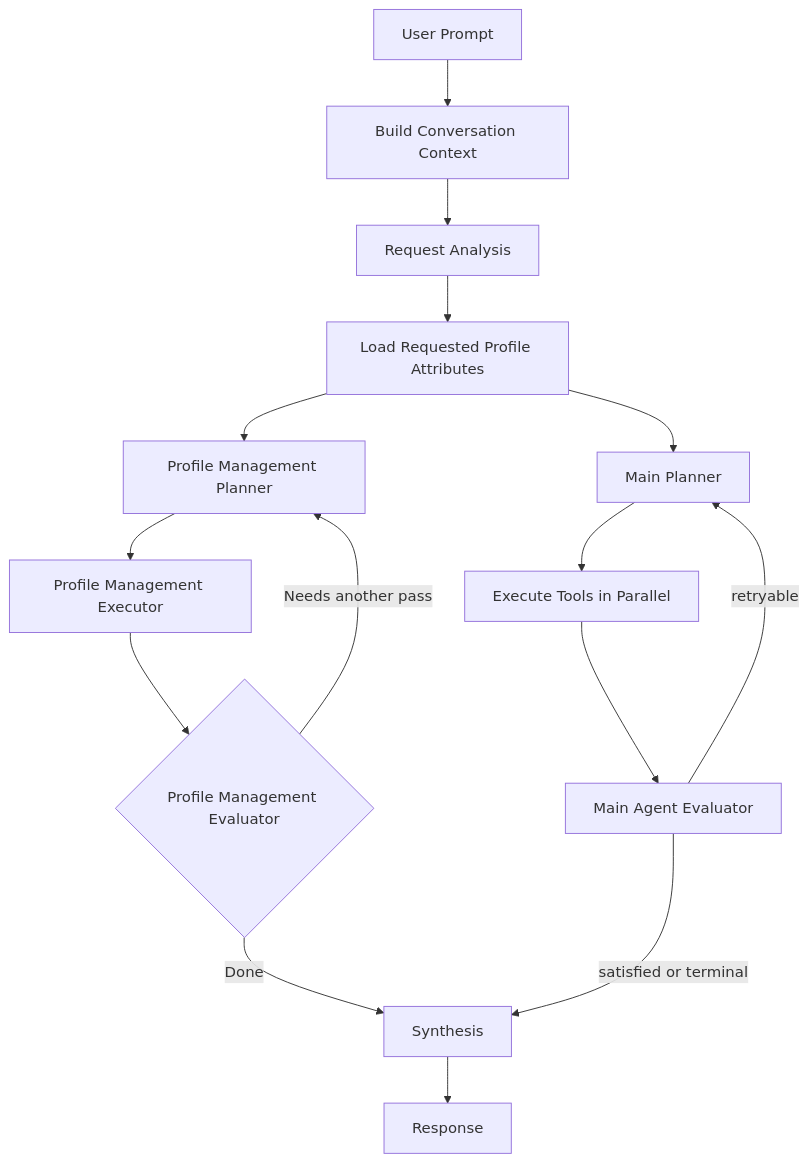
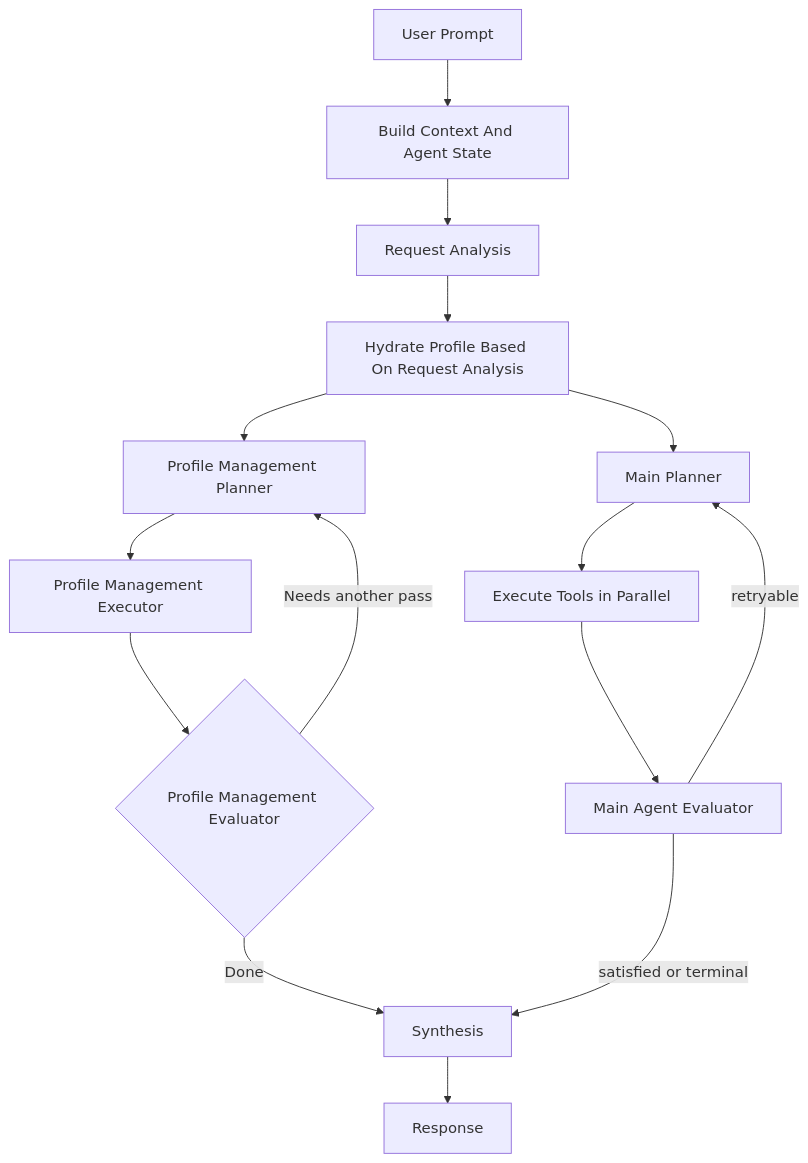
Before and after one commit to mikeshutov/llm_poc: the diagram in README.md, drawn with Mermaid. The commit also changed other lines of this file and 1 other file, not shown here.

````diff
--- a/README.md
+++ b/README.md
@@ -36,17 +37,17 @@
 ```mermaid
 flowchart TD
-    A[User Prompt] --> B[Build Conversation Context]
+    A[User Prompt] --> B[Build Context And Agent State]
     B --> C[Request Analysis]
-    C --> D[Load Requested Profile Attributes]
+    C --> D[Hydrate Profile Based On Request Analysis]
     D --> P1[Main Planner]
     D --> PMP[Profile Management Planner]
     PMP --> PMX[Profile Management Executor]
     PMX --> PMV{Profile Management Evaluator}
     PMV -->|Needs another pass| PMP
     PMV -->|Done| S[Synthesis]
     P1 --> X[Execute Tools in Parallel]
     X --> EV[Main Agent Evaluator]
     EV -->|satisfied or terminal| S
     EV -->|retryable| P1
     S --> L[Response]
 ```
````
